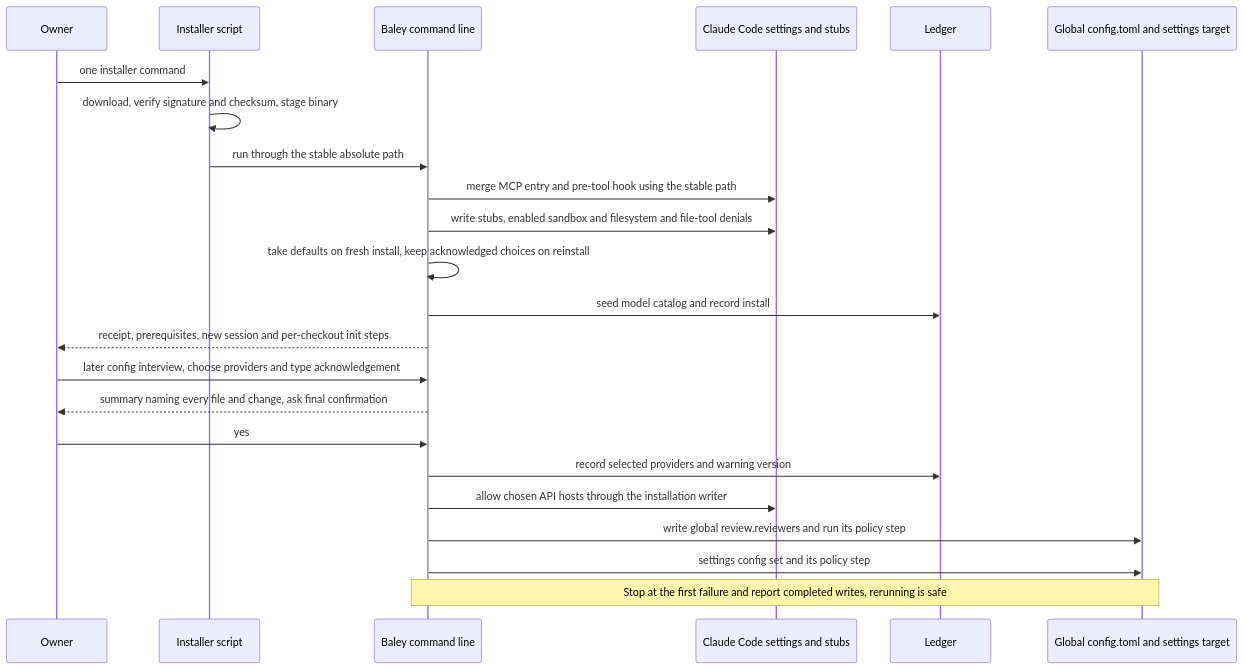
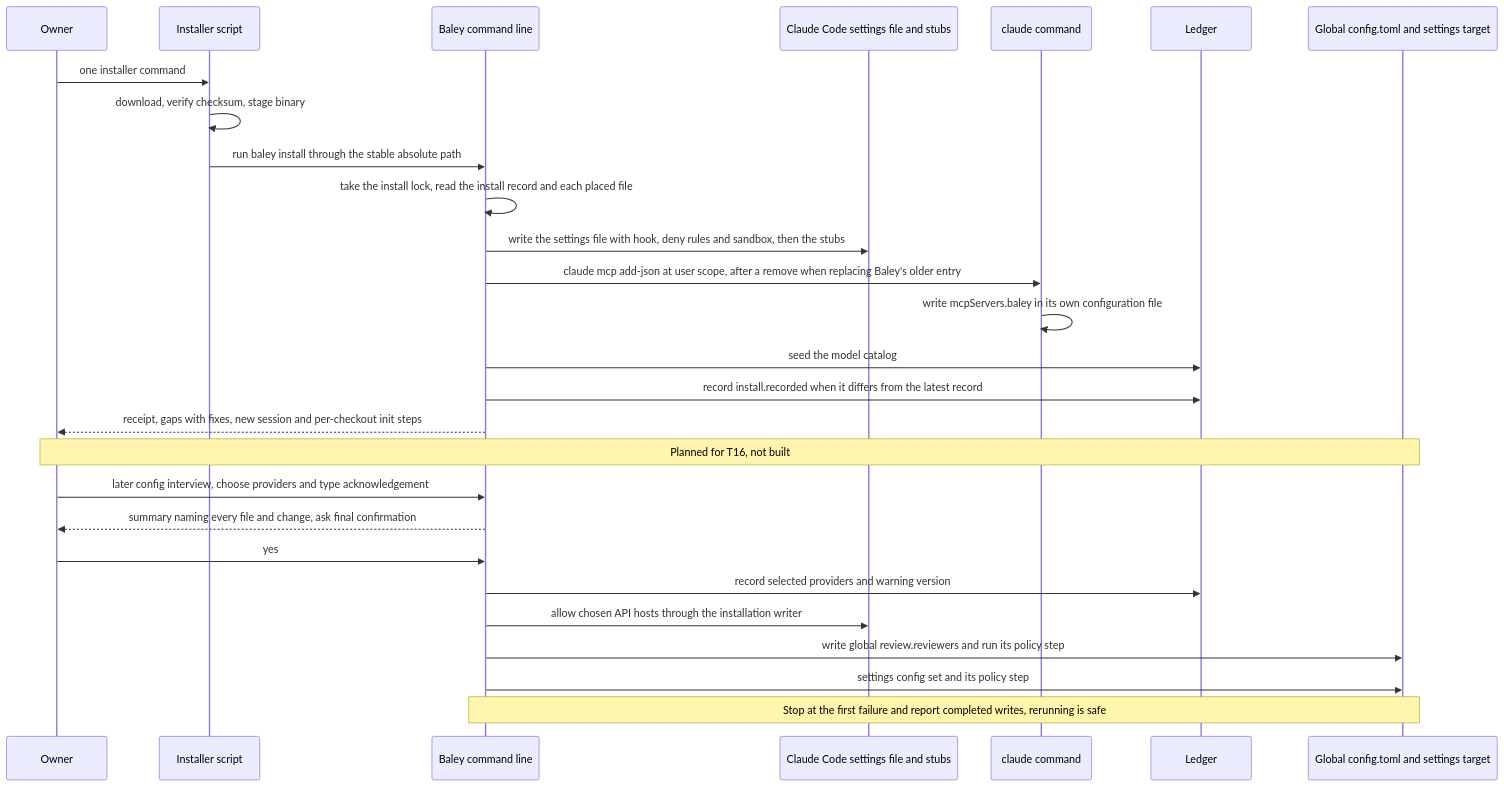
The seventh of 8 diagrams in docs/design/0012-host-interface.md (crenshawdev/baley), drawn with Mermaid before and after one commit. The commit also changed other lines of this file, not shown here.

First line of the commit message:
docs(design): describe baley install as built in the host interface design

````diff
--- a/docs/design/0012-host-interface.md
+++ b/docs/design/0012-host-interface.md
@@ -497,25 +565,29 @@
 ```mermaid
 sequenceDiagram
   participant O as Owner
   participant I as Installer script
   participant B as Baley command line
-  participant HC as Claude Code settings and stubs
+  participant HC as Claude Code settings file and stubs
+  participant CC as claude command
   participant L as Ledger
   participant C as Global config.toml and settings target
   O->>I: one installer command
-  I->>I: download, verify signature and checksum, stage binary
-  I->>B: run through the stable absolute path
-  B->>HC: merge MCP entry and pre-tool hook using the stable path
-  B->>HC: write stubs, enabled sandbox and filesystem and file-tool denials
-  B->>B: take defaults on fresh install, keep acknowledged choices on reinstall
-  B->>L: seed model catalog and record install
-  B-->>O: receipt, prerequisites, new session and per-checkout init steps
+  I->>I: download, verify checksum, stage binary
+  I->>B: run baley install through the stable absolute path
+  B->>B: take the install lock, read the install record and each placed file
+  B->>HC: write the settings file with hook, deny rules and sandbox, then the stubs
+  B->>CC: claude mcp add-json at user scope, after a remove when replacing Baley's older entry
+  CC->>CC: write mcpServers.baley in its own configuration file
+  B->>L: seed the model catalog
+  B->>L: record install.recorded when it differs from the latest record
+  B-->>O: receipt, gaps with fixes, new session and per-checkout init steps
+  Note over O,C: Planned for T16, not built
   O->>B: later config interview, choose providers and type acknowledgement
   B-->>O: summary naming every file and change, ask final confirmation
   O->>B: yes
   B->>L: record selected providers and warning version
   B->>HC: allow chosen API hosts through the installation writer
   B->>C: write global review.reviewers and run its policy step
   B->>C: settings config set and its policy step
   Note over B,C: Stop at the first failure and report completed writes, rerunning is safe
 ```
````
